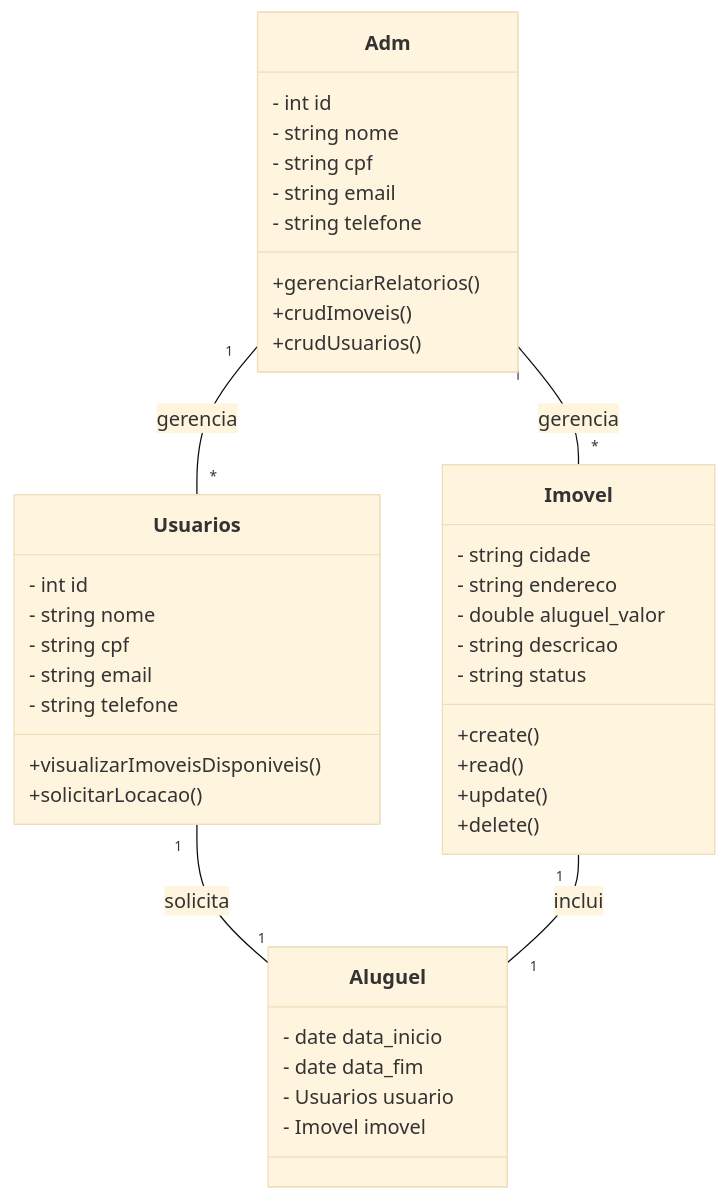
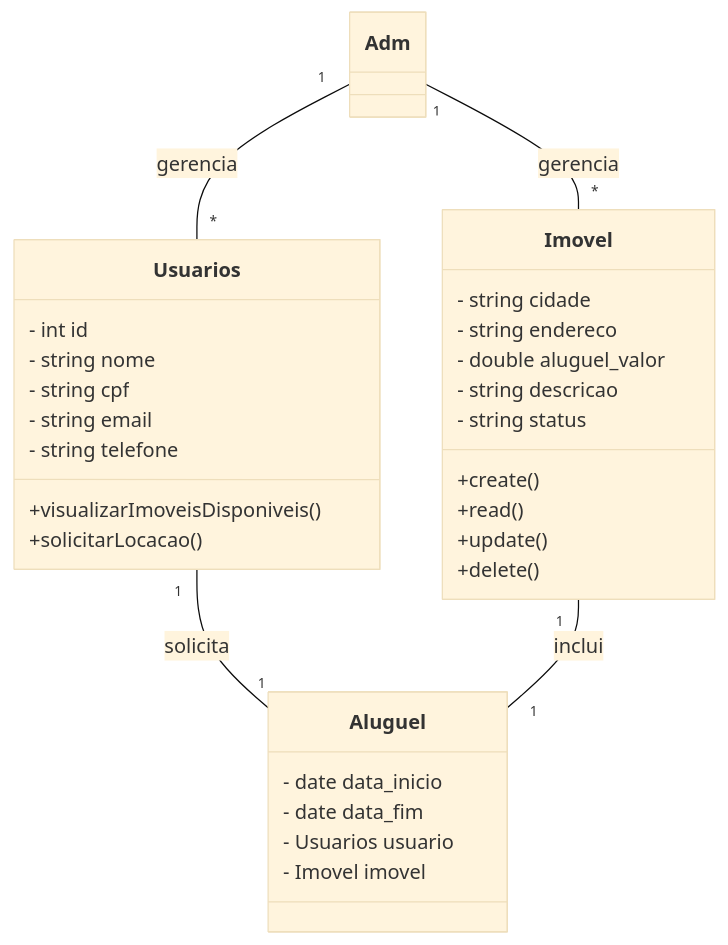
Before and after one commit to ryangabriel27/projeto-java-imobiliaria: the second of 3 diagrams in README.md, drawn with Mermaid (base theme). The commit also changed 2 other files, not shown here.

````diff
--- a/README.md
+++ b/README.md
@@ -223,49 +223,38 @@
 ```mermaid
 
 classDiagram
-    class Adm {
-        - int id
-        - string nome
-        - string cpf
-        - string email
-        - string telefone
-        +gerenciarRelatorios()
-        +crudImoveis()
-        +crudUsuarios()
-    }
-
     class Usuarios {
         - int id
         - string nome
         - string cpf
         - string email
         - string telefone
         +visualizarImoveisDisponiveis()
         +solicitarLocacao()
     }
 
     class Imovel {
         - string cidade
         - string endereco
         - double aluguel_valor
         - string descricao
         - string status
         +create()
         +read()
         +update()
         +delete()
     }
 
     class Aluguel {
         - date data_inicio
         - date data_fim
         - Usuarios usuario
         - Imovel imovel
     }
 
     Adm "1" -- "*" Imovel : gerencia
     Adm "1" -- "*" Usuarios : gerencia
     Usuarios "1" -- "1" Aluguel : solicita
     Imovel "1" -- "1" Aluguel : inclui
 
 ```
````
